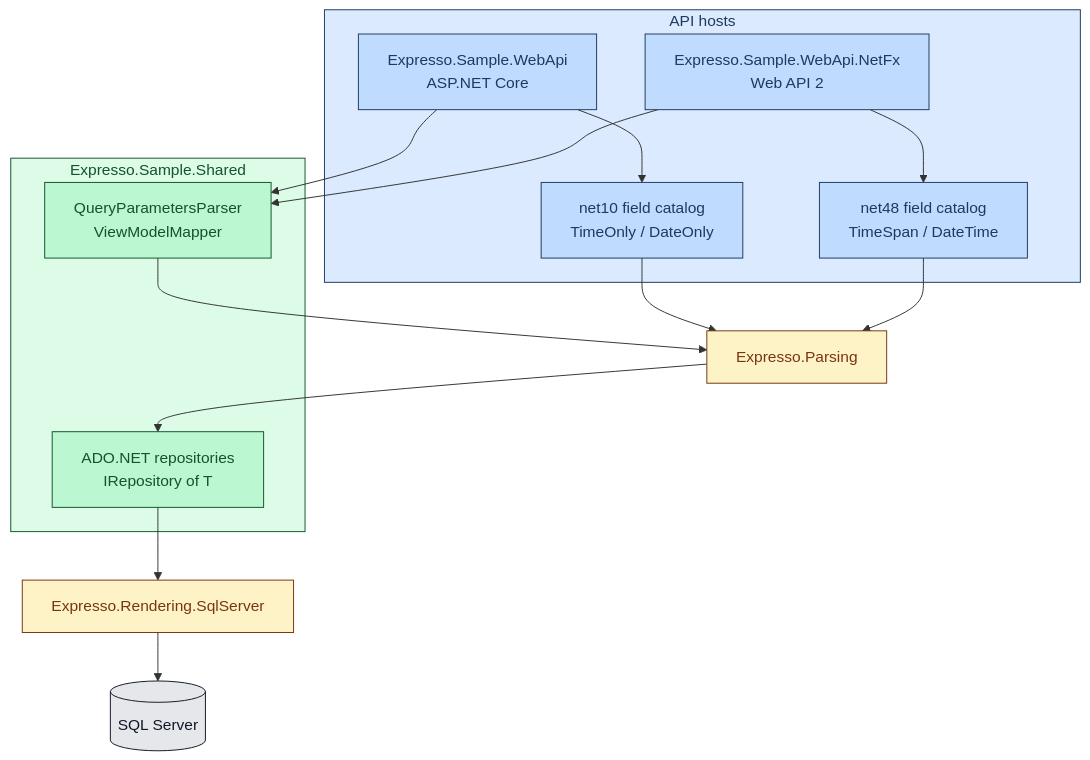
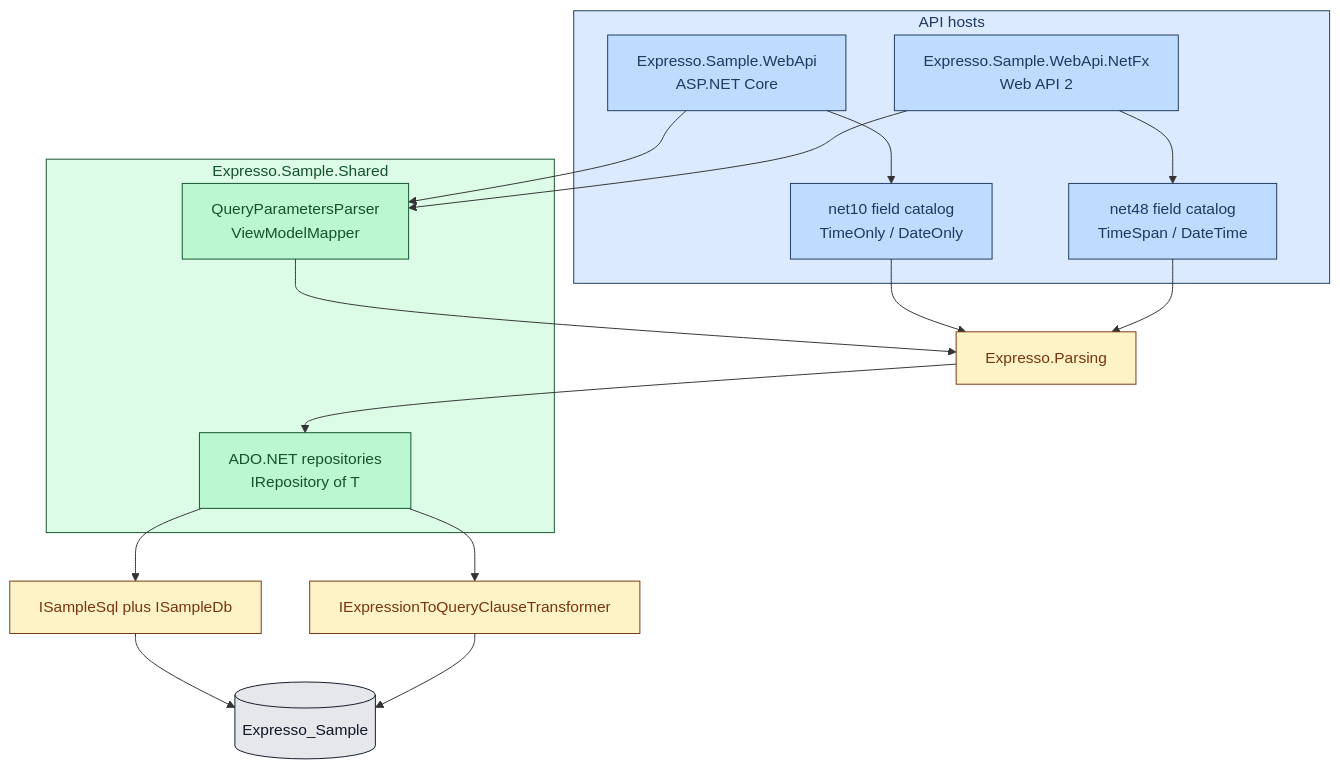
One commit to itorgashov/Expresso changed the diagram in docs/sample-app.md. Above: the diagram before and after it, drawn with Mermaid. The commit also changed other lines of this file and 208 other files, not shown here.

Commit message:
Adds support of 5 Postgres, MySql, Oracle, Db2 and SqlLite dialects, and integrational tests; sample project supports all the dialects

````diff
--- a/docs/sample-app.md
+++ b/docs/sample-app.md
@@ -28,34 +28,37 @@
 ```mermaid
 flowchart TD
     subgraph hosts ["API hosts"]
         CoreHost["Expresso.Sample.WebApi\nASP.NET Core"]
         NetFxHost["Expresso.Sample.WebApi.NetFx\nWeb API 2"]
         CoreFields["net10 field catalog\nTimeOnly / DateOnly"]
         NetFxFields["net48 field catalog\nTimeSpan / DateTime"]
     end
     subgraph shared ["Expresso.Sample.Shared"]
         ControllersLogic["QueryParametersParser\nViewModelMapper"]
         Repositories["ADO.NET repositories\nIRepository of T"]
     end
     CoreHost --> CoreFields
     NetFxHost --> NetFxFields
     CoreHost --> ControllersLogic
     NetFxHost --> ControllersLogic
     CoreFields --> Parsers["Expresso.Parsing"]
     NetFxFields --> Parsers
     ControllersLogic --> Parsers
     Parsers --> Repositories
-    Repositories --> Transformer["Expresso.Rendering.SqlServer"]
-    Transformer --> DB[("SQL Server")]
+    Repositories --> Catalog["ISampleSql plus ISampleDb"]
+    Repositories --> Transformer["IExpressionToQueryClauseTransformer"]
+    Catalog --> Db[(Expresso_Sample)]
+    Transformer --> Db
     style hosts fill:#dbeafe,stroke:#1e3a5f,color:#1e3a5f
     style shared fill:#dcfce7,stroke:#14532d,color:#14532d
     style CoreHost fill:#bfdbfe,stroke:#1e3a5f,color:#1e3a5f
     style NetFxHost fill:#bfdbfe,stroke:#1e3a5f,color:#1e3a5f
     style CoreFields fill:#bfdbfe,stroke:#1e3a5f,color:#1e3a5f
     style NetFxFields fill:#bfdbfe,stroke:#1e3a5f,color:#1e3a5f
     style ControllersLogic fill:#bbf7d0,stroke:#14532d,color:#14532d
     style Repositories fill:#bbf7d0,stroke:#14532d,color:#14532d
     style Parsers fill:#fef3c7,stroke:#78350f,color:#78350f
     style Transformer fill:#fef3c7,stroke:#78350f,color:#78350f
-    style DB fill:#e5e7eb,stroke:#111827,color:#111827
+    style Catalog fill:#fef3c7,stroke:#78350f,color:#78350f
+    style Db fill:#e5e7eb,stroke:#111827,color:#111827
 ```
````
